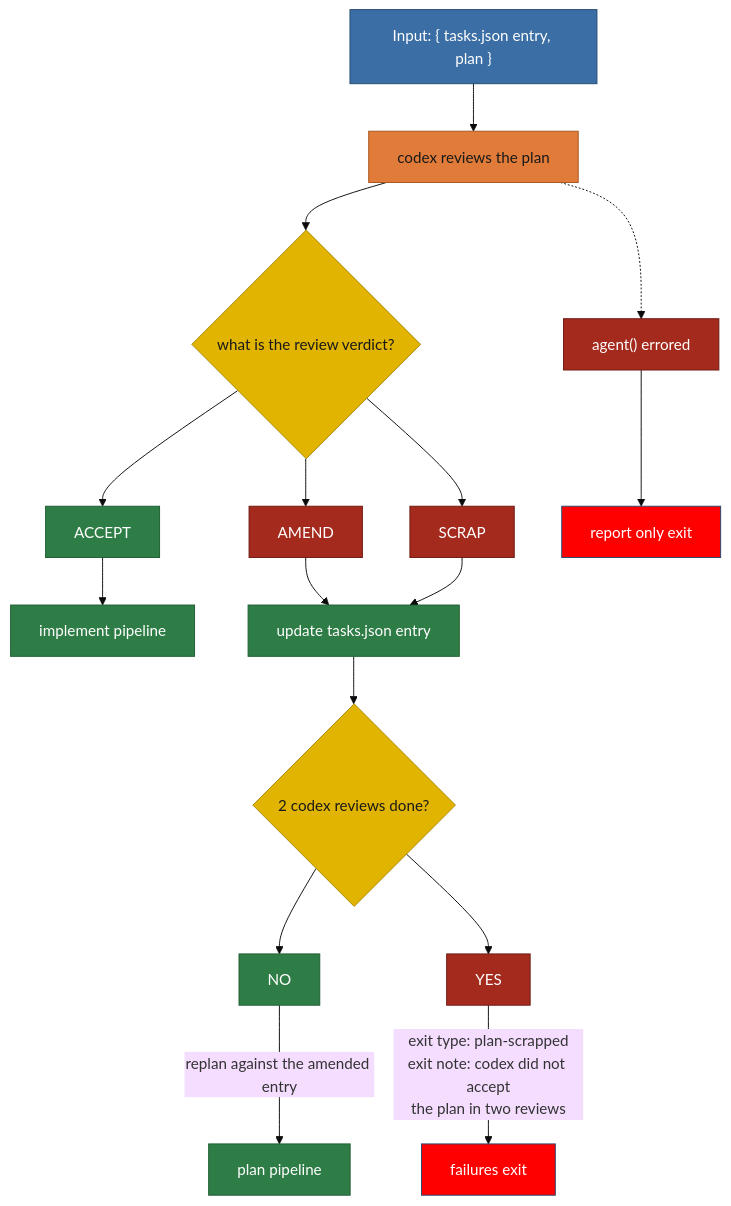
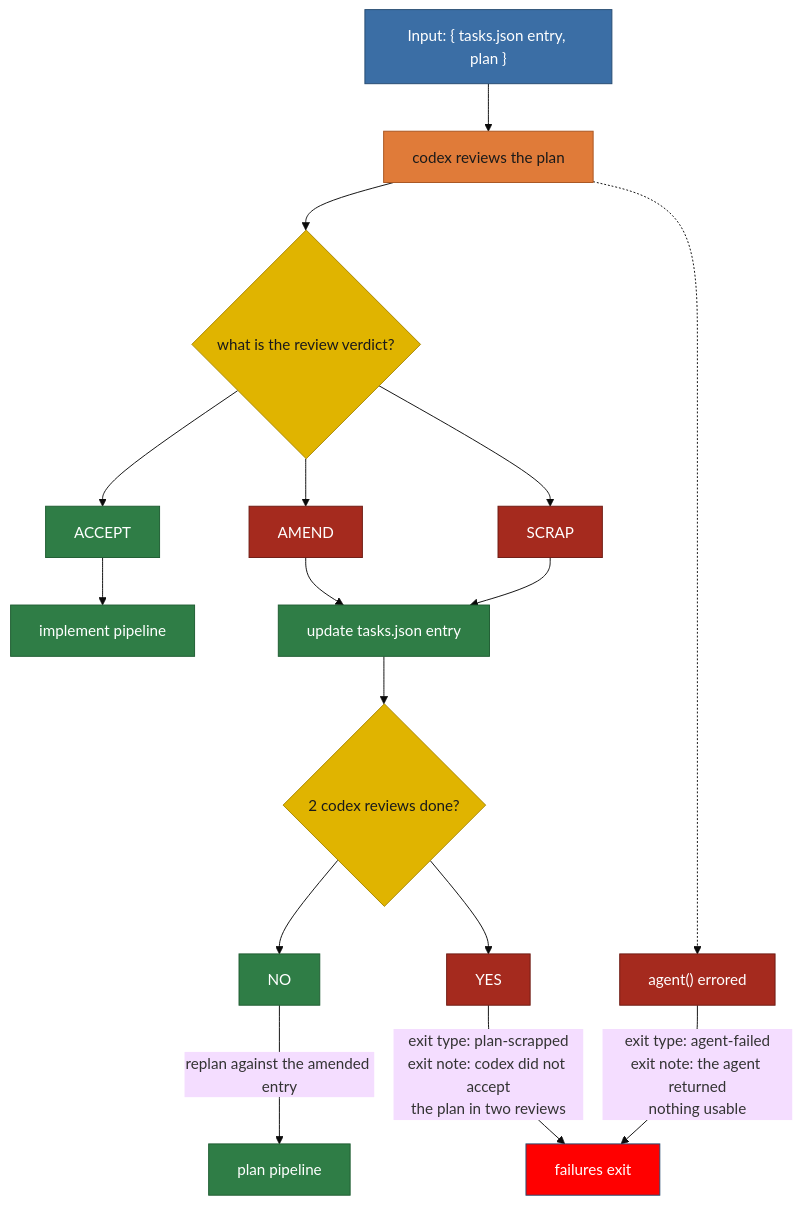
The diagram in plans/diagram/pipeline-reviewPlan.mmd (matkatmusic/taskTools), drawn with Mermaid (base theme) before and after one commit. The commit also changed 6 other files, not shown here.

Commit message:
more pipeline diagram updates

```diff
--- a/plans/diagram/pipeline-reviewPlan.mmd
+++ b/plans/diagram/pipeline-reviewPlan.mmd
@@ -1,66 +1,67 @@
 flowchart TB
 %% REVIEW PLAN PIPELINE. Split from pipeline-planning.mmd.
 %% Input: a draft plan from the plan pipeline.
 %% One job: decide whether the plan is good enough to implement.
 %% Starts at "codex reviews the plan". Ends with an accepted plan, with the run
 %% back in the plan pipeline, or with an exit.
 %% Rules that apply everywhere, not steps:
 %%   1. Every read and write of tasks.json is atomic.
 %%   2. Codex gets two reviews. On the second one the pipeline aborts.
 %%   3. A script that fails operationally, as opposed to returning a verdict,
 %%      exits the run as run-failed. The task is already active and a worktree
 %%      already exists here, so the exit workflow always runs in full.
 %% Box definitions where the name alone is not enough:
 %%   what is the review verdict?  - three outcomes: accept, amend, scrap.
 %%   update tasks.json entry      - the replan is not a bare retry. The planner
 %%                                  reads the task entry, so codex's notes are
 %%                                  written into it or the second plan repeats
 %%                                  the first one's mistakes. This box also
 %%                                  raises the review counter by one.
 %% Exit types this pipeline can produce:
+%%   agent-failed       - an agent returned nothing usable
 %%   plan-scrapped      - codex did not accept the plan in two reviews
 %%   run-failed         - a script failed operationally
 %% run-failed is deliberately not drawn as an edge out of every box. It can leave
 %% ANY green box, so drawing it would add one edge per box and hide the flow.
 %% The accepted plan this pipeline emits is the input to the implement and task
 %% tests pipeline.
 
   DRAFT_PLAN_INPUT["Input: { tasks.json entry, plan }"] --> CODEX_REVIEWS_PLAN
   CODEX_REVIEWS_PLAN["codex reviews the plan"] --> WHAT_IS_REVIEW_VERDICT{"what is the review verdict?"}
   WHAT_IS_REVIEW_VERDICT --> VERDICT_ACCEPT["ACCEPT"]
   WHAT_IS_REVIEW_VERDICT --> VERDICT_AMEND["AMEND"]
   WHAT_IS_REVIEW_VERDICT --> VERDICT_SCRAP["SCRAP"]
 
   VERDICT_ACCEPT --> IMPLEMENT_PIPELINE["implement pipeline"]
 
   VERDICT_AMEND --> UPDATE_TASK_ENTRY
   VERDICT_SCRAP --> UPDATE_TASK_ENTRY
   UPDATE_TASK_ENTRY["update tasks.json entry"] --> ARE_2_REVIEWS_DONE{"2 codex reviews done?"}
   ARE_2_REVIEWS_DONE --> ARE_2_REVIEWS_DONE_NO["NO"]
   ARE_2_REVIEWS_DONE --> ARE_2_REVIEWS_DONE_YES["YES"]
   ARE_2_REVIEWS_DONE_NO -- "replan against the amended entry" --> PLAN_PIPELINE["plan pipeline"]
   ARE_2_REVIEWS_DONE_YES -- "exit type: plan-scrapped<br/>exit note: codex did not accept<br/>the plan in two reviews" --> EXIT_WORKFLOW
 
-  CODEX_REVIEWS_PLAN -.-> AGENT_ERRORED["agent() errored"] --> REPORT_ONLY_EXIT["report only exit"]
+  CODEX_REVIEWS_PLAN -.-> AGENT_ERRORED["agent() errored"] -- "exit type: agent-failed<br/>exit note: the agent returned<br/>nothing usable" --> EXIT_WORKFLOW
 
   EXIT_WORKFLOW["failures exit"]
 
   %% pass/nopass: green is the branch that keeps heading for the next pipeline,
   %% red is the branch that replans or ends in the exit workflow.
   classDef pipeline fill:#2f7d46,stroke:#1e5c31,color:#ffffff
   classDef script fill:#2f7d46,stroke:#1e5c31,color:#ffffff
   classDef agent fill:#e07b39,stroke:#a8541f,color:#1a1a1a
   classDef decision fill:#e0b400,stroke:#a88600,color:#1a1a1a
   classDef output fill:#3b6ea5,stroke:#254a70,color:#ffffff
   classDef fail fill:red,stroke:#254a70,color:#ffffff
   classDef pass fill:#2f7d46,stroke:#1e5c31,color:#ffffff
   classDef nopass fill:#a52a1e,stroke:#6d1a12,color:#ffffff
   class WHAT_IS_REVIEW_VERDICT,ARE_2_REVIEWS_DONE decision
   class UPDATE_TASK_ENTRY script
   class CODEX_REVIEWS_PLAN agent
   class PLAN_PIPELINE,IMPLEMENT_PIPELINE pipeline
   class VERDICT_ACCEPT,ARE_2_REVIEWS_DONE_NO pass
   class VERDICT_AMEND,VERDICT_SCRAP,ARE_2_REVIEWS_DONE_YES nopass
   class AGENT_ERRORED nopass
-  class EXIT_WORKFLOW,REPORT_ONLY_EXIT fail
+  class EXIT_WORKFLOW fail
   class DRAFT_PLAN_INPUT output
```
